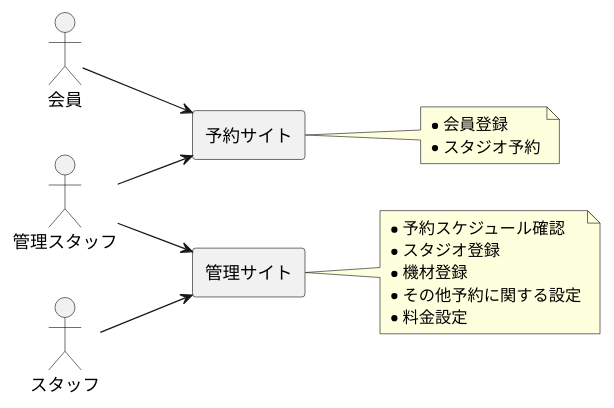
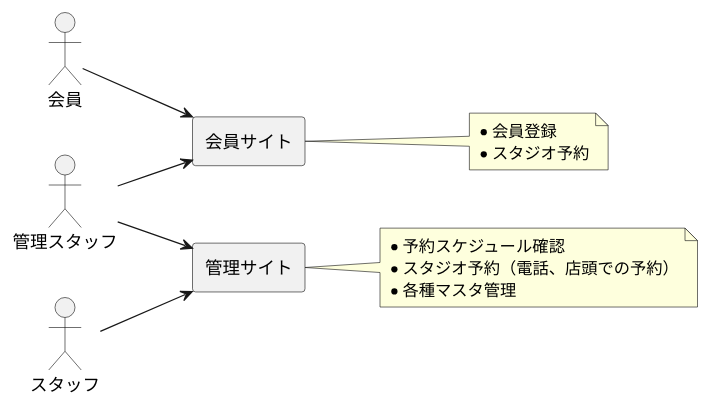
One commit to TakashiOnawa/ddd-practice-studio-reservation changed the diagram in modeling/SiteStructure.pu. Above: the diagram before and after it, drawn with PlantUML. The commit also changed 24 other files, not shown here.

```diff
--- a/modeling/SiteStructure.pu
+++ b/modeling/SiteStructure.pu
@@ -1,30 +1,28 @@
 @startuml SiteStructure
 
 left to right direction
 
 actor 会員
 actor スタッフ
 actor 管理スタッフ
 
-rectangle 予約サイト
+rectangle 会員サイト
 rectangle 管理サイト
 
-会員 --> 予約サイト
+会員 --> 会員サイト
 スタッフ --> 管理サイト
 管理スタッフ --> 管理サイト
-管理スタッフ --> 予約サイト
+管理スタッフ --> 会員サイト
 
-note right of 予約サイト
+note right of 会員サイト
 * 会員登録
 * スタジオ予約
 end note
 
 note right of 管理サイト
 * 予約スケジュール確認
-* スタジオ登録
-* 機材登録
-* その他予約に関する設定
-* 料金設定
+* スタジオ予約（電話、店頭での予約）
+* 各種マスタ管理
 end note
 
 @enduml
```
